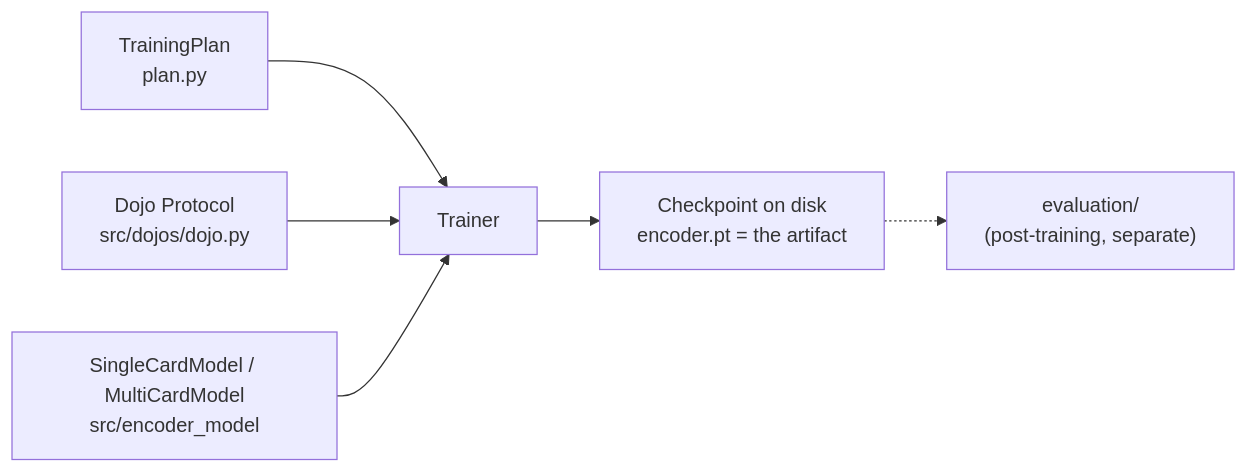
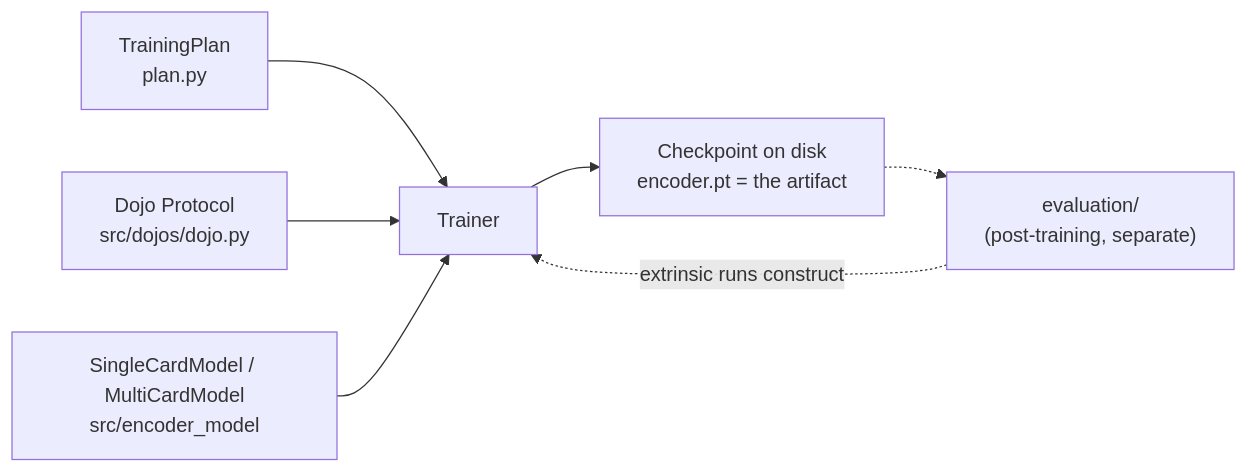
One commit to toon-leader-bacon/TradingCardGameEmbeddings changed the first of 2 diagrams in src/training/README.md. Above: the diagram before and after it, drawn with Mermaid. The commit also changed other lines of this file and 18 other files, not shown here.

First line of the commit message:
Prepare training/ for evaluation's extrinsic runs and checkpoint loading

````diff
--- a/src/training/README.md
+++ b/src/training/README.md
@@ -14,8 +14,9 @@
 ```mermaid
 flowchart LR
     Plan[TrainingPlan<br/>plan.py] --> Trainer
     Dojos["Dojo Protocol<br/>src/dojos/dojo.py"] --> Trainer
     Encoder["SingleCardModel / MultiCardModel<br/>src/encoder_model"] --> Trainer
     Trainer --> Ckpt[Checkpoint on disk<br/>encoder.pt = the artifact]
     Ckpt -.-> Eval["evaluation/<br/>(post-training, separate)"]
+    Eval -.->|extrinsic runs construct| Trainer
 ```
````
